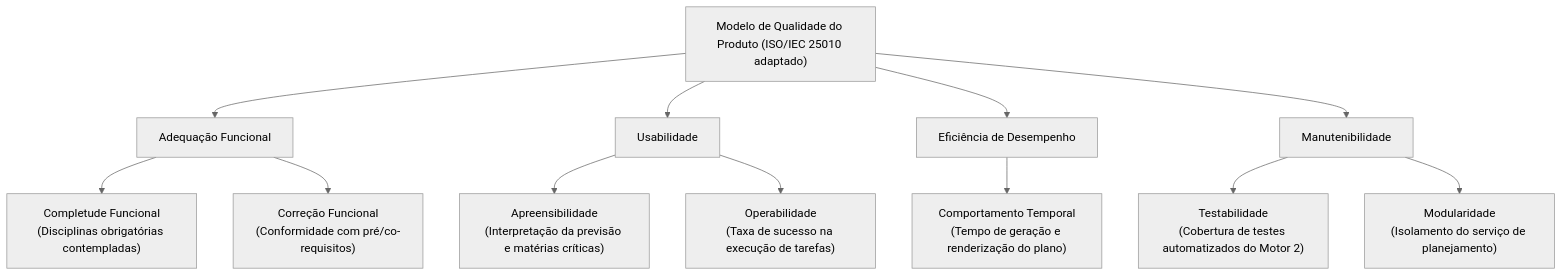
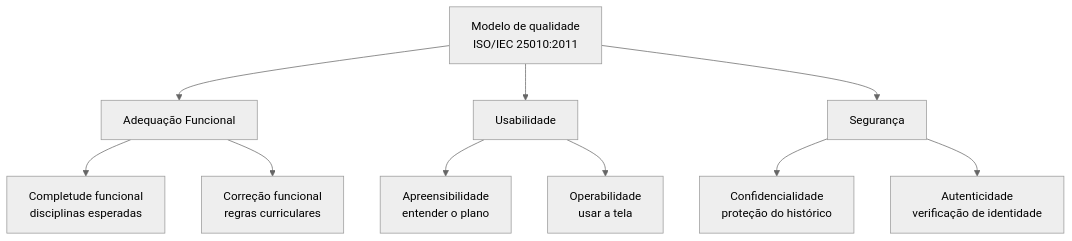
The diagram in docs/fases/fase1/modeloDeQualidade.md (FCTE-Qualidade-de-Software-1/2026-2_T02_JEAN_SAMMET), drawn with Mermaid (neutral theme) before and after one commit. The commit also changed other lines of this file and 6 other files, not shown here.

````diff
--- a/docs/fases/fase1/modeloDeQualidade.md
+++ b/docs/fases/fase1/modeloDeQualidade.md
@@ -25,18 +19,15 @@
 ```mermaid
 graph TD
-    M["Modelo de Qualidade do Produto (ISO/IEC 25010 adaptado)"] --> C1["Adequação Funcional"]
-    M --> C2["Usabilidade"]
-    M --> C3["Eficiência de Desempenho"]
-    M --> C4["Manutenibilidade"]
-    
-    C1 --> S11["Completude Funcional<br/>(Disciplinas obrigatórias contempladas)"]
-    C1 --> S12["Correção Funcional<br/>(Conformidade com pré/co-requisitos)"]
-    
-    C2 --> S21["Apreensibilidade<br/>(Interpretação da previsão e matérias críticas)"]
-    C2 --> S22["Operabilidade<br/>(Taxa de sucesso na execução de tarefas)"]
-    
-    C3 --> S31["Comportamento Temporal<br/>(Tempo de geração e renderização do plano)"]
-    
-    C4 --> S41["Testabilidade<br/>(Cobertura de testes automatizados do Motor 2)"]
-    C4 --> S42["Modularidade<br/>(Isolamento do serviço de planejamento)"]
+    M["Modelo de qualidade<br/>ISO/IEC 25010:2011"] --> AF["Adequação Funcional"]
+    M --> U["Usabilidade"]
+    M --> S["Segurança"]
+
+    AF --> AF1["Completude funcional<br/>disciplinas esperadas"]
+    AF --> AF2["Correção funcional<br/>regras curriculares"]
+
+    U --> U1["Apreensibilidade<br/>entender o plano"]
+    U --> U2["Operabilidade<br/>usar a tela"]
+
+    S --> S1["Confidencialidade<br/>proteção do histórico"]
+    S --> S2["Autenticidade<br/>verificação de identidade"]
 ```
````
